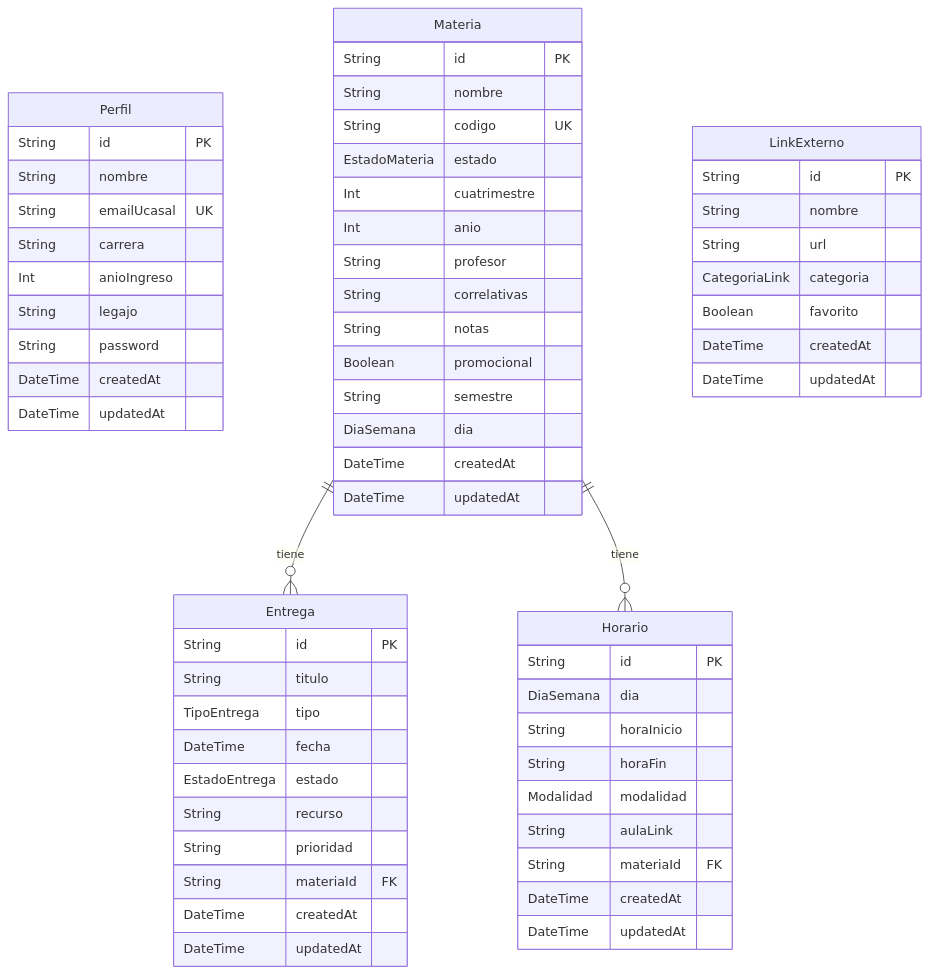
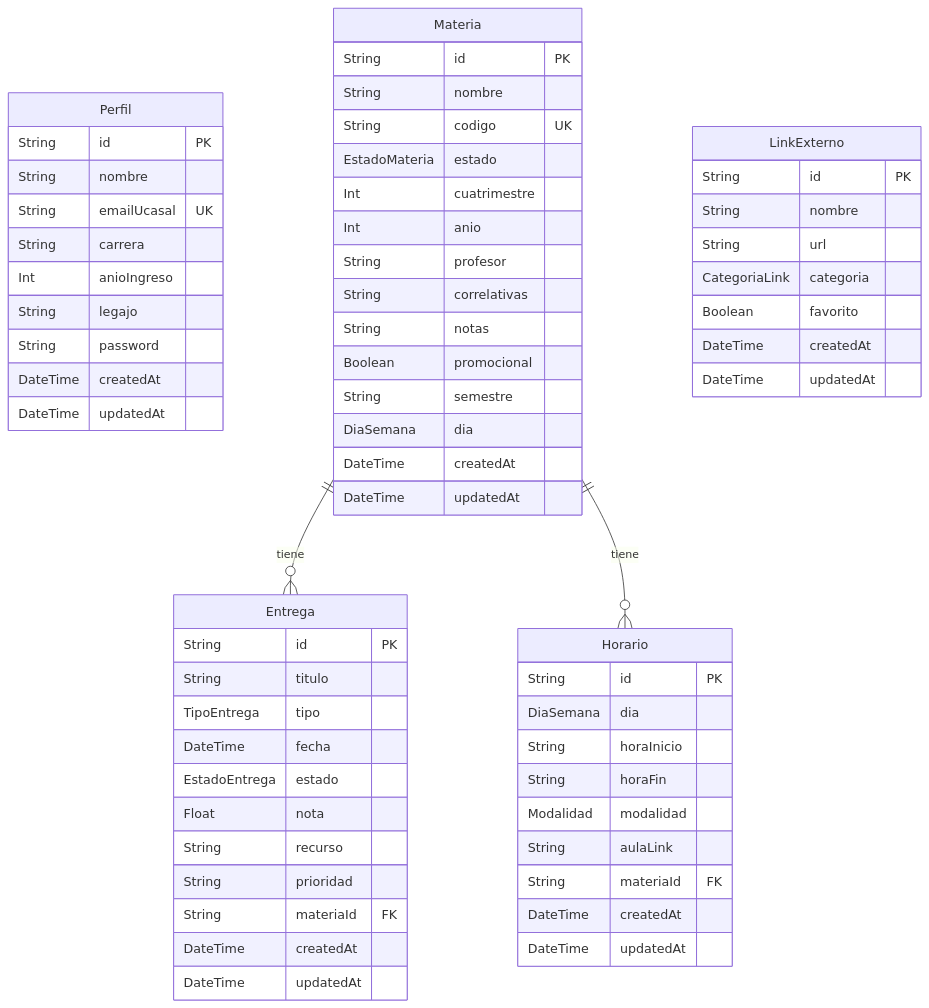
One commit to lautioliver/UcaNode changed the diagram in wiki/Modelo-de-datos.md. Above: the diagram before and after it, drawn with Mermaid. The commit also changed other lines of this file and 8 other files, not shown here.

````diff
--- a/wiki/Modelo-de-datos.md
+++ b/wiki/Modelo-de-datos.md
@@ -7,69 +7,70 @@
 ```mermaid
 erDiagram
     Perfil {
         String id PK
         String nombre
         String emailUcasal UK
         String carrera
         Int anioIngreso
         String legajo
         String password
         DateTime createdAt
         DateTime updatedAt
     }
 
     Materia {
         String id PK
         String nombre
         String codigo UK
         EstadoMateria estado
         Int cuatrimestre
         Int anio
         String profesor
         String correlativas
         String notas
         Boolean promocional
         String semestre
         DiaSemana dia
         DateTime createdAt
         DateTime updatedAt
     }
 
     Entrega {
         String id PK
         String titulo
         TipoEntrega tipo
         DateTime fecha
         EstadoEntrega estado
+        Float nota
         String recurso
         String prioridad
         String materiaId FK
         DateTime createdAt
         DateTime updatedAt
     }
 
     Horario {
         String id PK
         DiaSemana dia
         String horaInicio
         String horaFin
         Modalidad modalidad
         String aulaLink
         String materiaId FK
         DateTime createdAt
         DateTime updatedAt
     }
 
     LinkExterno {
         String id PK
         String nombre
         String url
         CategoriaLink categoria
         Boolean favorito
         DateTime createdAt
         DateTime updatedAt
     }
 
     Materia ||--o{ Entrega : "tiene"
     Materia ||--o{ Horario : "tiene"
 ```
````
